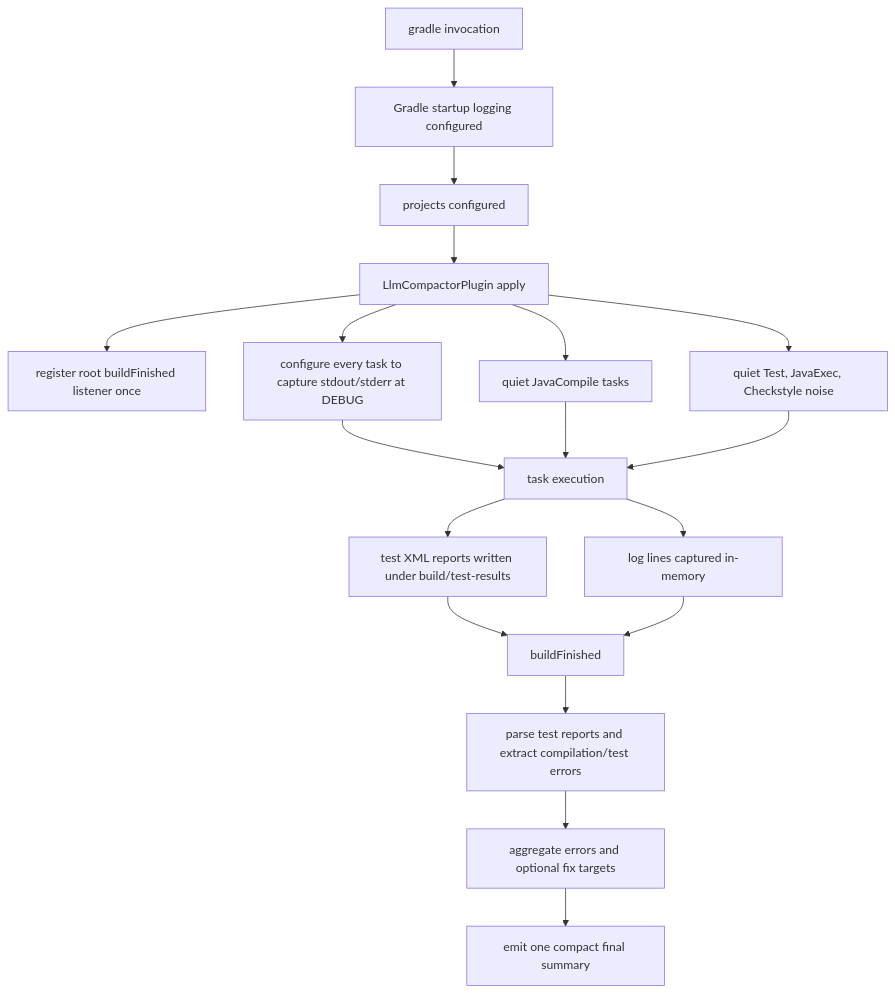
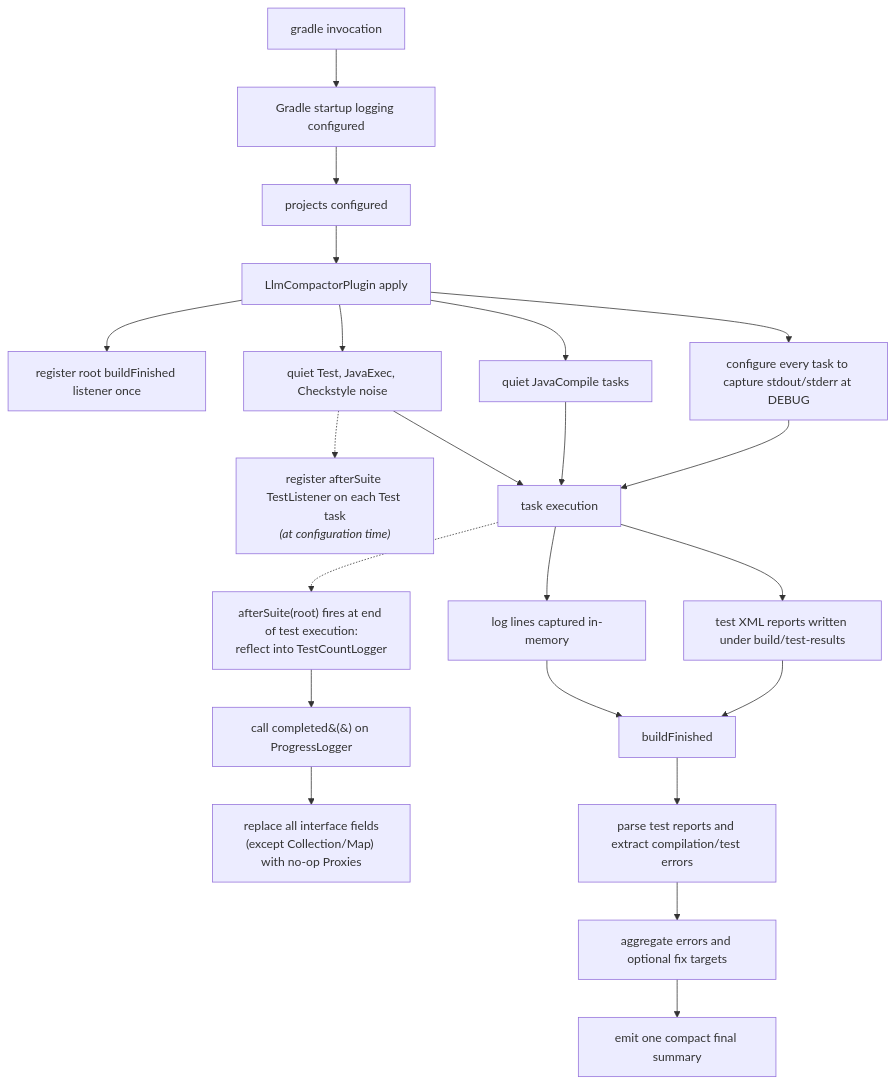
Before and after one commit to sfkamath/llm-build-compactor: the diagram in docs/gradle-design.md, drawn with Mermaid. The commit also changed other lines of this file and 22 other files, not shown here.

First line of the commit message:
feat: suppress Gradle test summary line via reflection (TestCountLogger neutering)

````diff
--- a/docs/gradle-design.md
+++ b/docs/gradle-design.md
@@ -45,20 +45,24 @@
 ```mermaid
 flowchart TD
     A[gradle invocation] --> B[Gradle startup logging configured]
     B --> C[projects configured]
     C --> D[LlmCompactorPlugin apply]
     D --> E[register root buildFinished listener once]
     D --> F[configure every task to capture stdout/stderr at DEBUG]
     D --> G[quiet JavaCompile tasks]
     D --> H[quiet Test, JavaExec, Checkstyle noise]
+    H -.-> H1["register afterSuite TestListener on each Test task<br/><i>(at configuration time)</i>"]
     F --> I[task execution]
     G --> I
     H --> I
+    I -.-> H2["afterSuite(root) fires at end of test execution:<br/>reflect into TestCountLogger"]
+    H2 --> H3[call completed&#40;&#41; on ProgressLogger]
+    H3 --> H4["replace all interface fields<br/>(except Collection/Map) with no-op Proxies"]
     I --> J[test XML reports written under build/test-results]
     I --> K[log lines captured in-memory]
     J --> L[buildFinished]
     K --> L
     L --> M[parse test reports and extract compilation/test errors]
     M --> N[aggregate errors and optional fix targets]
     N --> O[emit one compact final summary]
 ```
````
